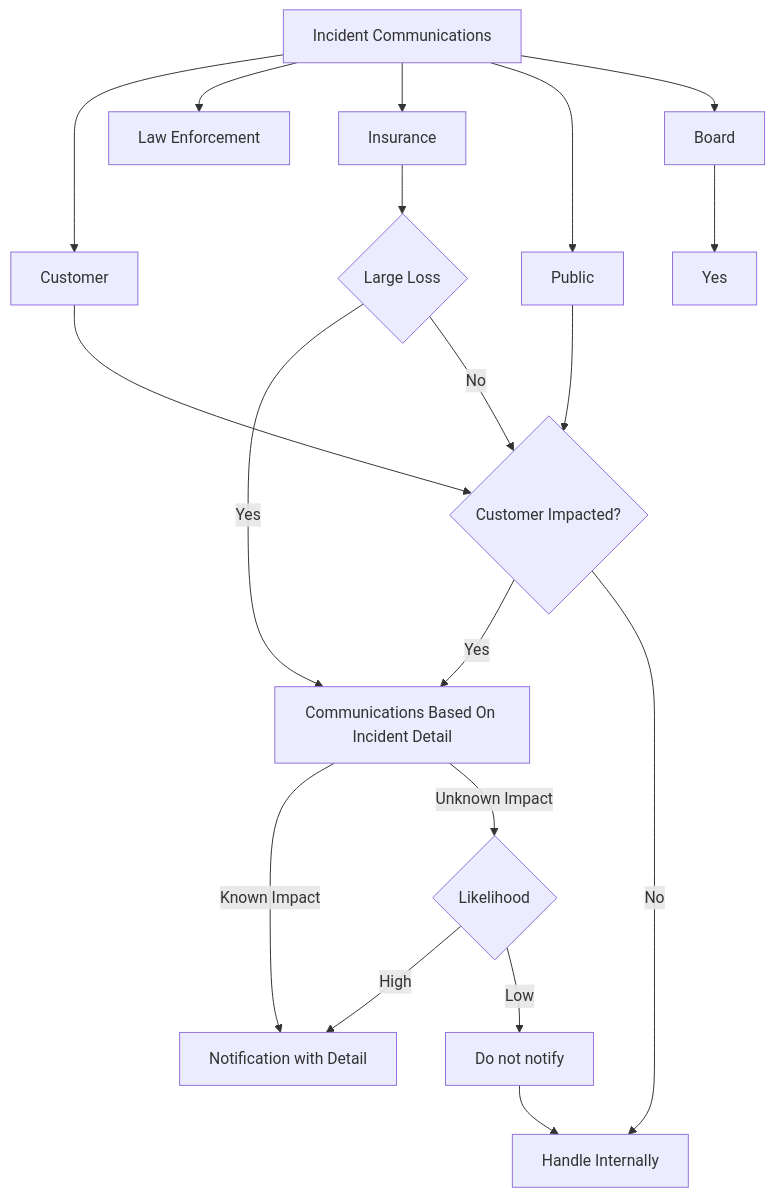
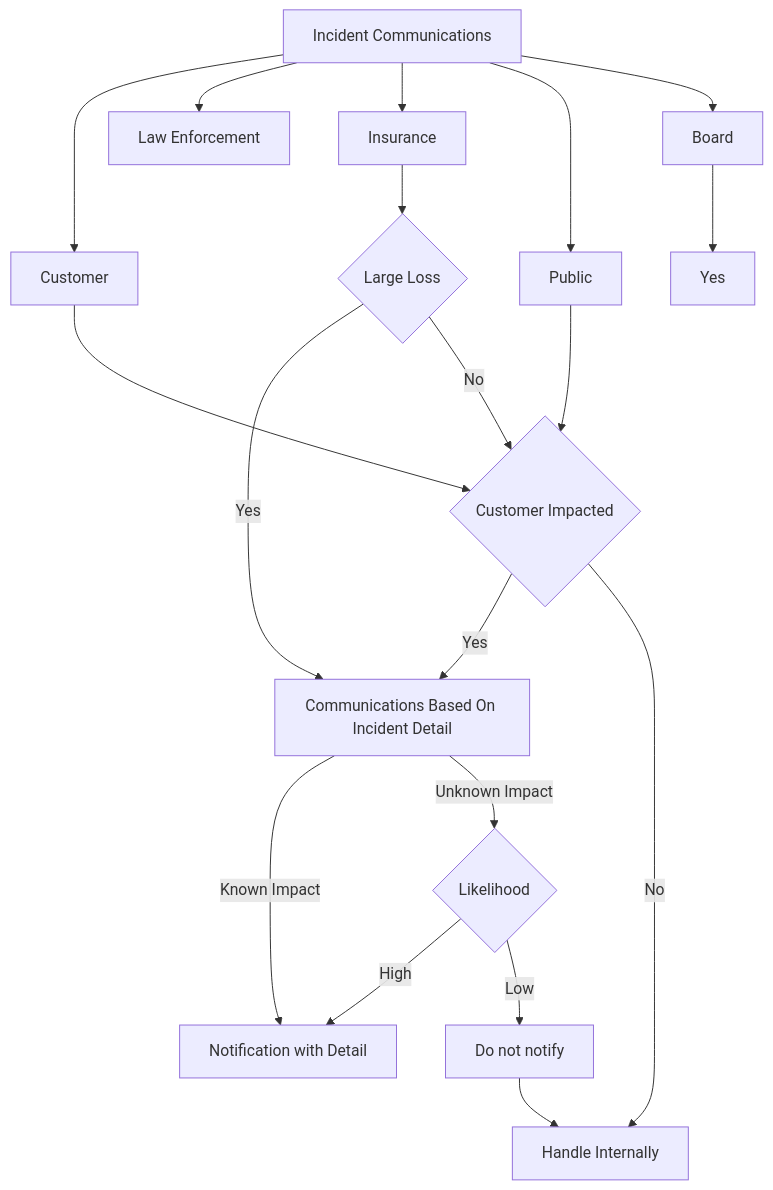
The second of 3 diagrams in incidentresponse.md (Jemurai/diagrams), drawn with Mermaid before and after one commit. The commit also changed other lines of this file, not shown here.

Commit message:
Try to fix mermaid in github

````diff
--- a/incidentresponse.md
+++ b/incidentresponse.md
@@ -80,24 +80,24 @@
 ```mermaid
 flowchart TD
     A[Incident Communications];
-    A --> ![Customer] --> B{Customer Impacted?};
+    A --> ![Customer] --> B{Customer Impacted};
     B -- Yes --> C[Communications Based On Incident Detail];
     B -- No --> D[Handle Internally];
     C -- Known Impact --> E[Notification with Detail];
     C -- Unknown Impact --> F{Likelihood};
     F -- High --> E;
     F -- Low --> G[Do not notify];
     G --> D;
 
     A --> L[Law Enforcement];
 
-    A --> %[Insurance];
-    % --> X{Large Loss} -- Yes --> C;
+    A --> Y[Insurance];
+    Y --> X{Large Loss} -- Yes --> C;
     X -- No --> B;
 
-    A --> *[Public];
-    * --> B;
+    A --> Z[Public];
+    Z --> B;
 
-    A --> $[Board];
-    $ --> $![Yes];
+    A --> W[Board];
+    W --> U[Yes];
 ```
````
